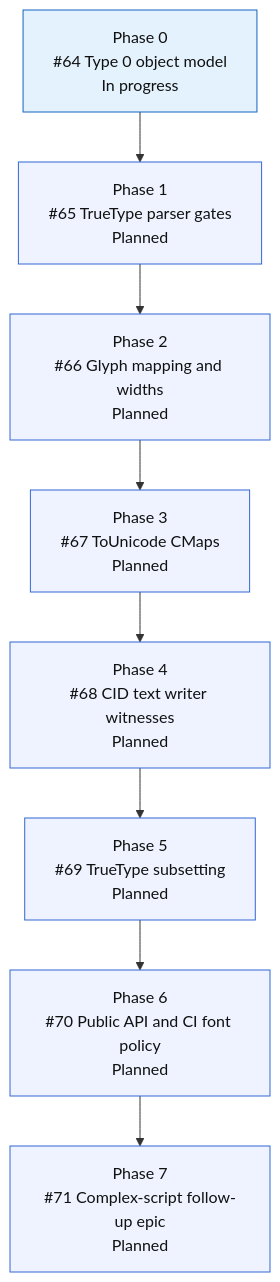
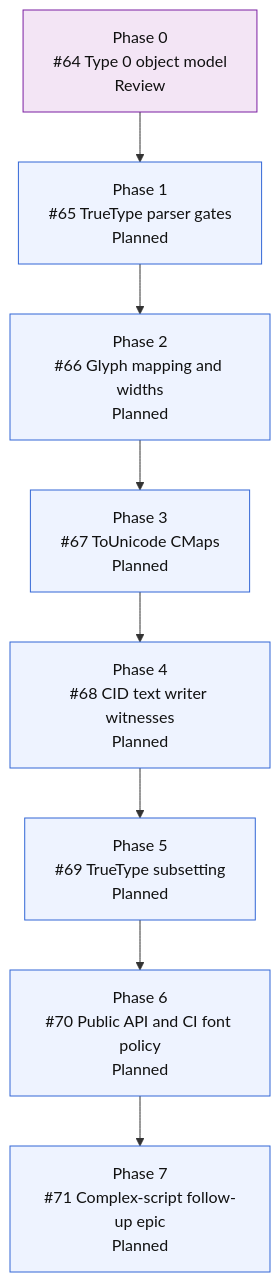
Before and after one commit to mihaelamj/MarkdownPDF: the third of 3 diagrams in README.md, drawn with Mermaid.

Commit message:
docs(readme): mark font object phase for review

````diff
--- a/README.md
+++ b/README.md
@@ -243,21 +243,21 @@
 ```mermaid
 flowchart TD
-    E0["Phase 0<br/>#64 Type 0 object model<br/>In progress"]
+    E0["Phase 0<br/>#64 Type 0 object model<br/>Review"]
     E1["Phase 1<br/>#65 TrueType parser gates<br/>Planned"]
     E2["Phase 2<br/>#66 Glyph mapping and widths<br/>Planned"]
     E3["Phase 3<br/>#67 ToUnicode CMaps<br/>Planned"]
     E4["Phase 4<br/>#68 CID text writer witnesses<br/>Planned"]
     E5["Phase 5<br/>#69 TrueType subsetting<br/>Planned"]
     E6["Phase 6<br/>#70 Public API and CI font policy<br/>Planned"]
     E7["Phase 7<br/>#71 Complex-script follow-up epic<br/>Planned"]
 
     E0 --> E1 --> E2 --> E3 --> E4 --> E5 --> E6 --> E7
 
     classDef done fill:#e8f5e9,stroke:#2e7d32,color:#111;
     classDef active fill:#e3f2fd,stroke:#1565c0,color:#111;
     classDef review fill:#f3e5f5,stroke:#7b1fa2,color:#111;
     classDef next fill:#fff8e1,stroke:#f9a825,color:#111;
     classDef todo fill:#eef3ff,stroke:#3367d6,color:#111;
-    class E0 active;
+    class E0 review;
     class E1,E2,E3,E4,E5,E6,E7 todo;
 ```
````
